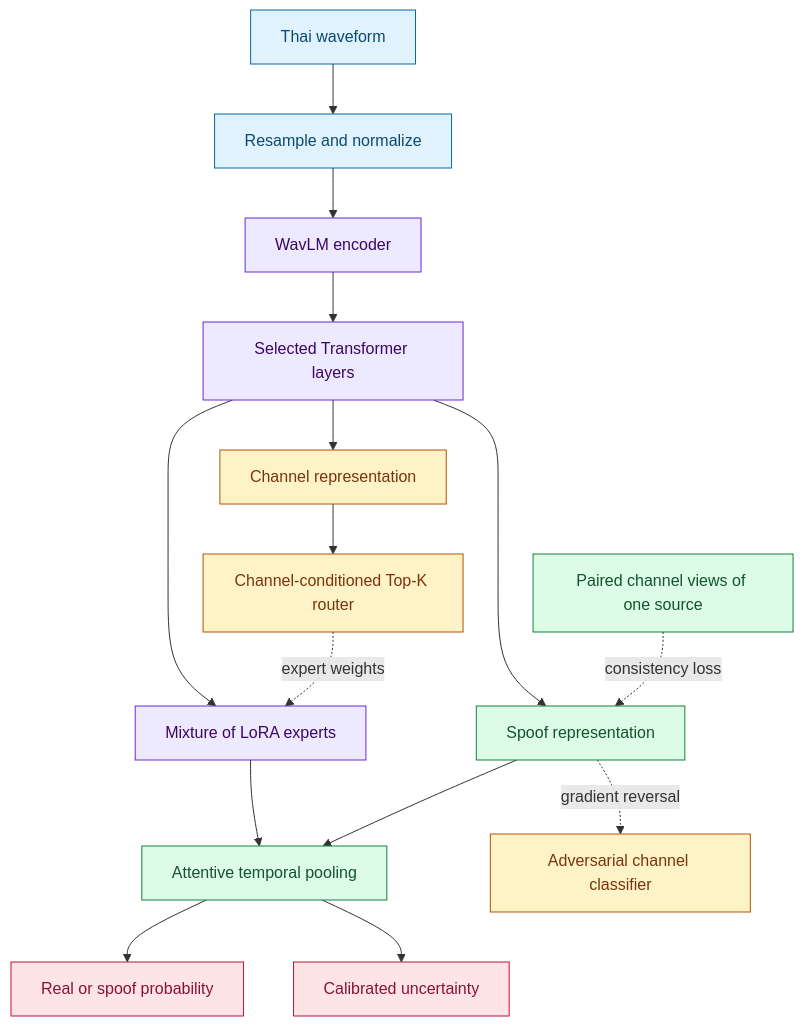
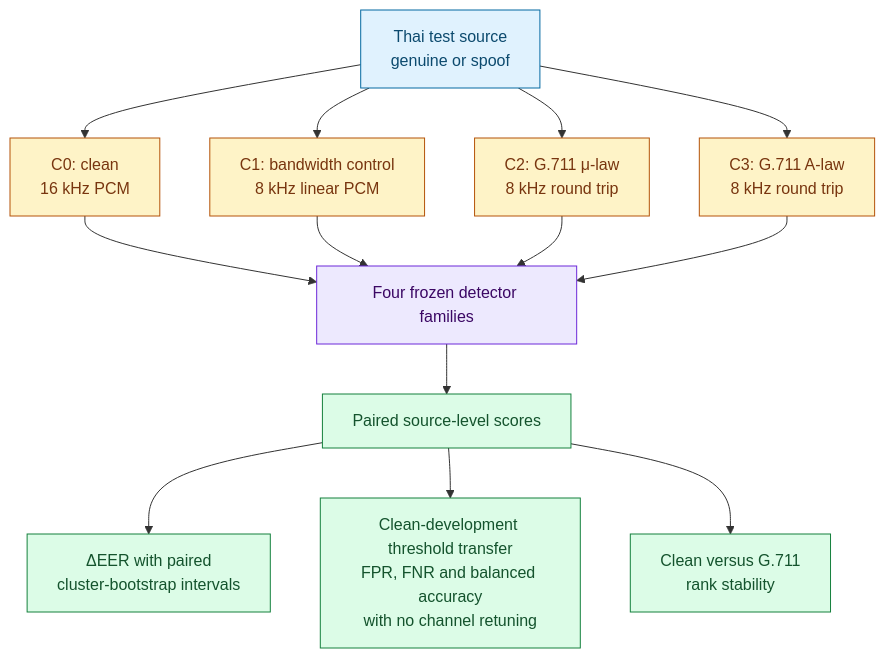
One commit to punyopan/ysc changed the diagram in docs/architecture.mmd. Above: the diagram before and after it, drawn with Mermaid. The commit also changed 8 other files, not shown here.

```diff
--- a/docs/architecture.mmd
+++ b/docs/architecture.mmd
@@ -1,26 +1,25 @@
 flowchart TB
-    A[Thai waveform] --> B[Resample and normalize]
-    B --> C[WavLM encoder]
-    C --> D[Selected Transformer layers]
-    D --> E[Mixture of LoRA experts]
-    D --> F[Spoof representation]
-    D --> G[Channel representation]
-    G --> H[Channel-conditioned Top-K router]
-    H -. expert weights .-> E
-    E --> I[Attentive temporal pooling]
-    F --> I
-    I --> J[Real or spoof probability]
-    I --> K[Calibrated uncertainty]
-    F -. gradient reversal .-> L[Adversarial channel classifier]
-    M[Paired channel views of one source] -. consistency loss .-> F
+    A[Thai test source<br/>genuine or spoof] --> C0[C0: clean<br/>16 kHz PCM]
+    A --> C1[C1: bandwidth control<br/>8 kHz linear PCM]
+    A --> C2[C2: G.711 μ-law<br/>8 kHz round trip]
+    A --> C3[C3: G.711 A-law<br/>8 kHz round trip]
 
-    classDef input fill:#e0f2fe,stroke:#0369a1,color:#0c4a6e;
-    classDef backbone fill:#ede9fe,stroke:#6d28d9,color:#3b0764;
-    classDef spoof fill:#dcfce7,stroke:#15803d,color:#14532d;
-    classDef channel fill:#fef3c7,stroke:#b45309,color:#78350f;
-    classDef output fill:#ffe4e6,stroke:#be123c,color:#881337;
-    class A,B input;
-    class C,D,E backbone;
-    class F,I,M spoof;
-    class G,H,L channel;
-    class J,K output;
+    C0 --> D[Four frozen detector families]
+    C1 --> D
+    C2 --> D
+    C3 --> D
+
+    D --> E[Paired source-level scores]
+
+    E --> F[ΔEER with paired<br/>cluster-bootstrap intervals]
+    E --> G[Clean-development threshold transfer<br/>FPR, FNR and balanced accuracy<br/>with no channel retuning]
+    E --> H[Clean versus G.711<br/>rank stability]
+
+    classDef source fill:#e0f2fe,stroke:#0369a1,color:#0c4a6e;
+    classDef condition fill:#fef3c7,stroke:#b45309,color:#78350f;
+    classDef detector fill:#ede9fe,stroke:#6d28d9,color:#3b0764;
+    classDef analysis fill:#dcfce7,stroke:#15803d,color:#14532d;
+    class A source;
+    class C0,C1,C2,C3 condition;
+    class D detector;
+    class E,F,G,H analysis;
```
